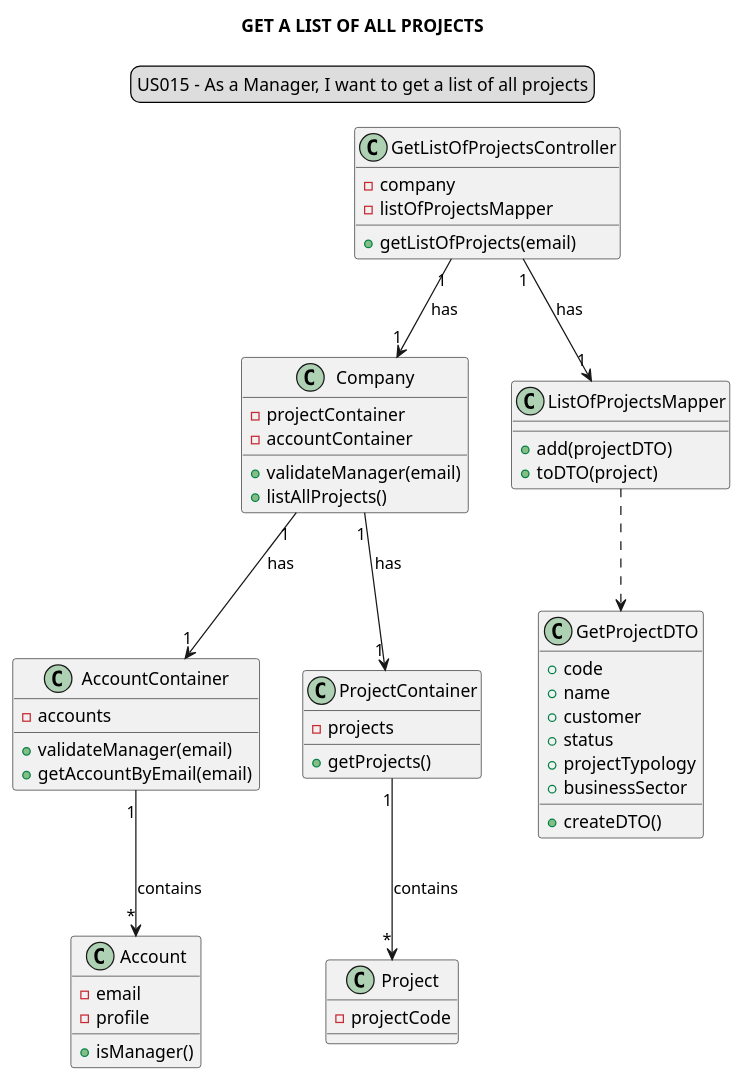
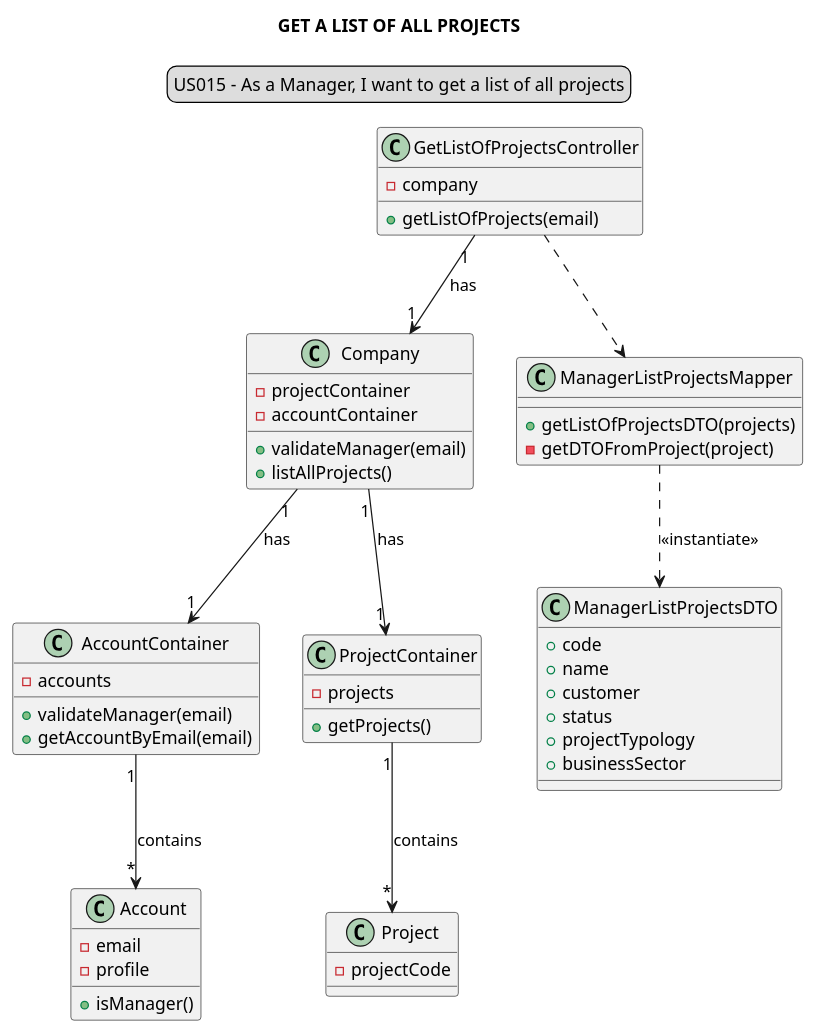
One commit to Loracline/project_switch_22-23 changed the diagram in docs/modelling_design/user_stories/sprint02/us015/US015_classDiagram.puml. Above: the diagram before and after it, drawn with PlantUML. The commit also changed 4 other files, not shown here.

Commit message:
US015: Design: refinement of sequence and class diagrams. Added updated png files

```diff
--- a/docs/modelling_design/user_stories/sprint02/us015/US015_classDiagram.puml
+++ b/docs/modelling_design/user_stories/sprint02/us015/US015_classDiagram.puml
@@ -1,65 +1,70 @@
 @startuml
 
+
+title GET A LIST OF ALL PROJECTS
 skinparam sequenceMessageAlign center
-title GET A LIST OF ALL PROJECTS
 legend top
 US015 - As a Manager, I want to get a list of all projects
 end legend
 
 class "GetListOfProjectsController" {
 -company
--listOfProjectsMapper
 +getListOfProjects(email)
 }
 
 class "Company"{
 -projectContainer
 -accountContainer
 +validateManager(email)
 +listAllProjects()
 }
 
 class "AccountContainer"{
 -accounts
 +validateManager(email)
 +getAccountByEmail(email)
 }
 
 class "Account"{
 -email
 -profile
 +isManager()
 }
 
 class "ProjectContainer"{
 -projects
 +getProjects()
 }
 
 class "Project"{
 -projectCode
 }
 
-class "ListOfProjectsMapper"{
-+add(projectDTO)
-+toDTO(project)
+class "ManagerListProjectsMapper"{
++getListOfProjectsDTO(projects)
+-getDTOFromProject(project)
 }
 
-class "GetProjectDTO" {
+class "ManagerListProjectsDTO" {
 +code
 +name
 +customer
 +status
 +projectTypology
 +businessSector
-+createDTO()
 }
 
 "GetListOfProjectsController" "1"-->"1" "Company": has
-"GetListOfProjectsController" "1"-->"1" "ListOfProjectsMapper": has
+"GetListOfProjectsController" ..> "ManagerListProjectsMapper"
 "Company" "1"-->"1" "ProjectContainer": has
 "Company" "1"-->"1" "AccountContainer": has
 "AccountContainer" "1"-->"*" Account: contains
 "ProjectContainer" "1"-->"*" Project: contains
-"ListOfProjectsMapper" ..> "GetProjectDTO"
+"ManagerListProjectsMapper" ..> "ManagerListProjectsDTO": <<instantiate>>
+
+/'Usage relationship'/
+/'https://www.ibm.com/docs/en/rational-soft-arch/9.7.0?topic=diagrams-dependency-relationships'/
+
+/'Creation relationship'/
+/'https://www.ibm.com/docs/en/rational-soft-arch/9.7.0?topic=diagrams-instantiation-relationships'/
 @enduml
```
